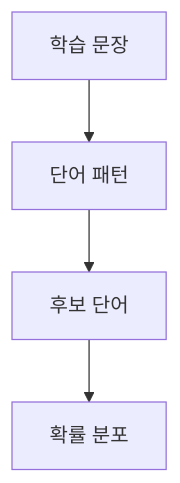
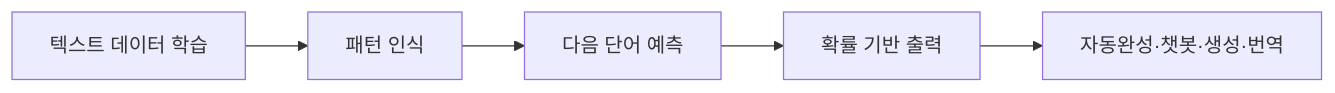
The first of 2 diagrams in ComputerScience/03_ai-ml-data/machine-learning/notes/01. Transformer 언어 모델링과 인코더-디코더.md (umyunsang/edu), drawn with Mermaid before and after one commit. The commit also changed other lines of this file and 3 other files, not shown here.

````diff
--- a/ComputerScience/03_ai-ml-data/machine-learning/notes/01. Transformer 언어 모델링과 인코더-디코더.md
+++ b/ComputerScience/03_ai-ml-data/machine-learning/notes/01. Transformer 언어 모델링과 인코더-디코더.md
@@ -27,6 +71,7 @@
 ```mermaid
-flowchart TB
-    A[학습 문장] --> B[단어 패턴]
-    B --> C[후보 단어]
-    C --> D[확률 분포]
+flowchart LR
+  A["텍스트 데이터 학습"] --> B["패턴 인식"]
+  B --> C["다음 단어 예측"]
+  C --> D["확률 기반 출력"]
+  D --> E["자동완성·챗봇·생성·번역"]
 ```
````
